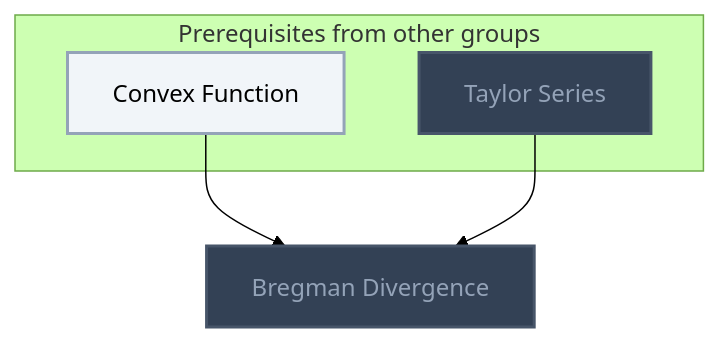
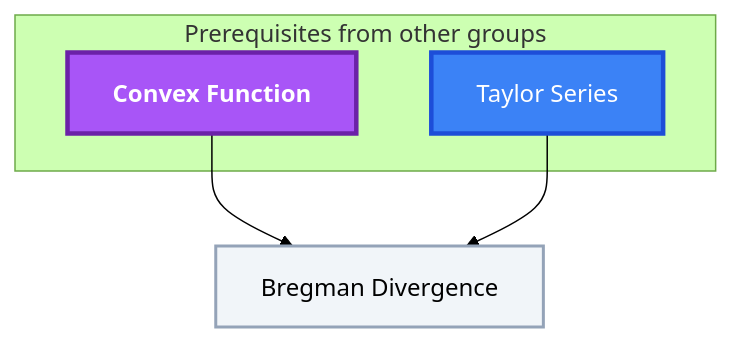
The first of 2 diagrams in Gamification/Skill Trees/Optimization.md (MRauf1/My-Notes), drawn with Mermaid (forest theme) before and after one commit. The commit also changed other lines of this file and 145 other files, not shown here.

````diff
--- a/Gamification/Skill Trees/Optimization.md
+++ b/Gamification/Skill Trees/Optimization.md
@@ -17,22 +17,23 @@
 ```mermaid
 flowchart TD
     classDef planned fill:#1E293B,stroke:#64748B,stroke-width:2px,stroke-dasharray:5 5,color:#94A3B8;
     classDef locked fill:#334155,stroke:#475569,stroke-width:2px,color:#94A3B8;
     classDef L0 fill:#F1F5F9,stroke:#94A3B8,stroke-width:2px,color:#000000;
     classDef L1 fill:#22C55E,stroke:#15803D,stroke-width:2px,color:#000000;
     classDef L2 fill:#3B82F6,stroke:#1D4ED8,stroke-width:3px,color:#FFFFFF;
     classDef L3 fill:#A855F7,stroke:#6B21A8,stroke-width:3px,color:#FFFFFF,font-weight:bold;
     classDef L4 fill:#F97316,stroke:#C2410C,stroke-width:4px,color:#000000,font-weight:bold;
     classDef L5 fill:#FFD700,stroke:#FF8C00,stroke-width:5px,color:#000000,font-weight:bold;
     classDef rusty stroke:#8B4513,stroke-width:4px,stroke-dasharray:3 3;
     subgraph sg_prereqs["Prerequisites from other groups"]
         n_convex_function["Convex Function"]
         n_taylor_series["Taylor Series"]
     end
     n_bregman_divergence["Bregman Divergence"]
     n_convex_function --> n_bregman_divergence
     n_taylor_series --> n_bregman_divergence
-    class n_taylor_series,n_bregman_divergence locked;
-    class n_convex_function L0;
+    class n_bregman_divergence L0;
+    class n_taylor_series L2;
+    class n_convex_function L3;
     class n_convex_function,n_taylor_series,n_bregman_divergence internal-link;
 ```
````
